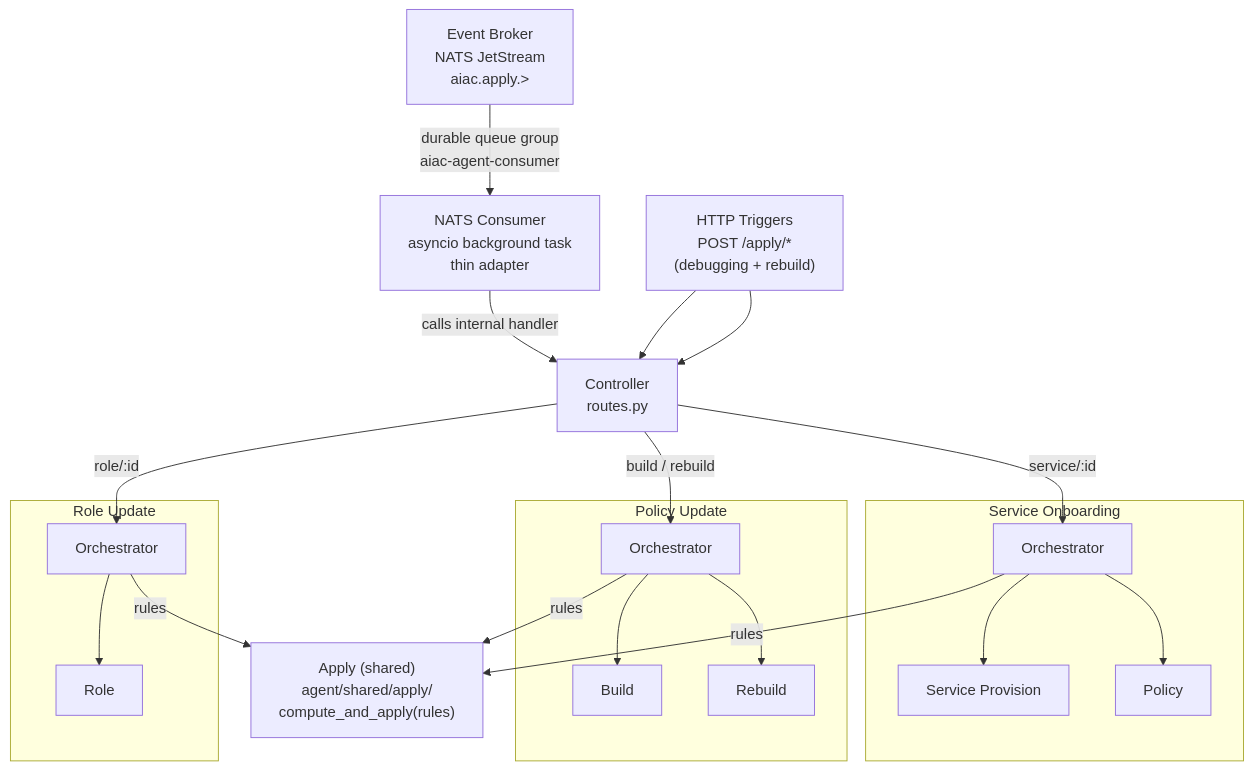
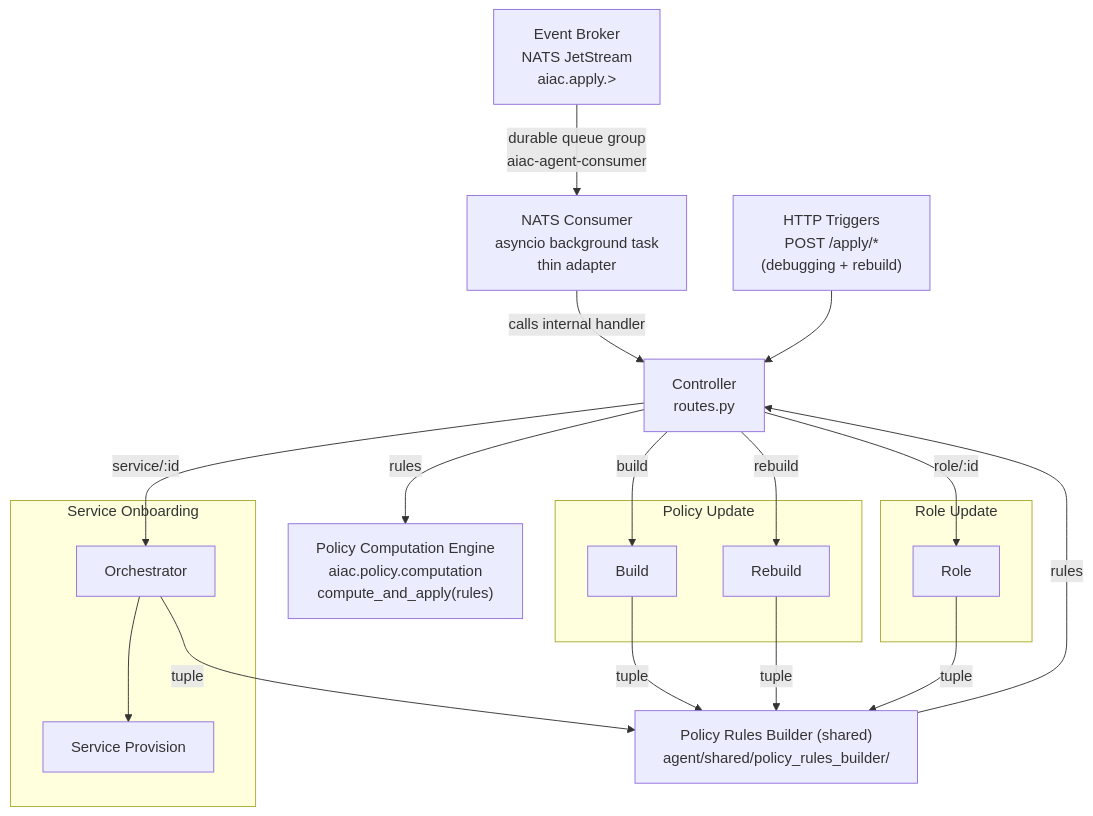
One commit to rossoctl/aiac changed the first of 4 diagrams in inception/requirements/components/aiac-agent.md. Above: the diagram before and after it, drawn with Mermaid. The commit also changed other lines of this file, not shown here.

Commit message:
docs(aiac-agent): replace shared apply node with Policy Rules Builder + PCE direct call
- Sub-agents now emit tuple[list[Role], list[Scope]] instead of list[PolicyRule]
- New shared Policy Rules Builder (agent/shared/policy_rules_builder/) converts
  tuple to list[PolicyRule]; Controller calls PCE directly with the rules
- Remove shared apply node (agent/shared/apply/)
- Remove UC2/UC3 Orchestrators; Controller dispatches directly to Build/Rebuild/Role sub-agents
- UC1 Orchestrator retained for two-step Service Provision pipeline
- Update top-level Mermaid diagram accordingly

````diff
--- a/inception/requirements/components/aiac-agent.md
+++ b/inception/requirements/components/aiac-agent.md
@@ -28,44 +28,42 @@
 ```mermaid
 flowchart TD
     NATS["Event Broker\nNATS JetStream\naiac.apply.>"]
     NATS_CONSUMER["NATS Consumer\nasyncio background task\nthin adapter"]
     TRIGGERS["HTTP Triggers\nPOST /apply/*\n(debugging + rebuild)"]
     CTRL["Controller\nroutes.py"]
 
     NATS -->|"durable queue group\naiac-agent-consumer"| NATS_CONSUMER
     NATS_CONSUMER -->|"calls internal handler"| CTRL
     TRIGGERS --> CTRL
 
     subgraph CO["Service Onboarding"]
         ORC1["Orchestrator"]
         SA1["Service Provision"]
-        SA2["Policy"]
         ORC1 --> SA1
-        ORC1 --> SA2
     end
 
     subgraph PU["Policy Update"]
-        ORC2["Orchestrator"]
         SA4["Build"]
         SA5["Rebuild"]
-        ORC2 --> SA4
-        ORC2 --> SA5
     end
 
     subgraph RR["Role Update"]
-        ORC3["Orchestrator"]
         SA6["Role"]
-        ORC3 --> SA6
     end
 
-    APPLY["Apply (shared)\nagent/shared/apply/\ncompute_and_apply(rules)"]
+    PRB["Policy Rules Builder (shared)\nagent/shared/policy_rules_builder/"]
+    PCE["Policy Computation Engine\naiac.policy.computation\ncompute_and_apply(rules)"]
 
-    ORC1 -->|"rules"| APPLY
-    ORC2 -->|"rules"| APPLY
-    ORC3 -->|"rules"| APPLY
+    CTRL -->|"service/:id"| ORC1
+    CTRL -->|"build"| SA4
+    CTRL -->|"rebuild"| SA5
+    CTRL -->|"role/:id"| SA6
 
-    TRIGGERS --> CTRL
-    CTRL -->|"role/:id"| ORC3
-    CTRL -->|"build / rebuild"| ORC2
-    CTRL -->|"service/:id"| ORC1
+    ORC1 -->|"tuple"| PRB
+    SA4 -->|"tuple"| PRB
+    SA5 -->|"tuple"| PRB
+    SA6 -->|"tuple"| PRB
+
+    PRB -->|"rules"| CTRL
+    CTRL -->|"rules"| PCE
 ```
````
